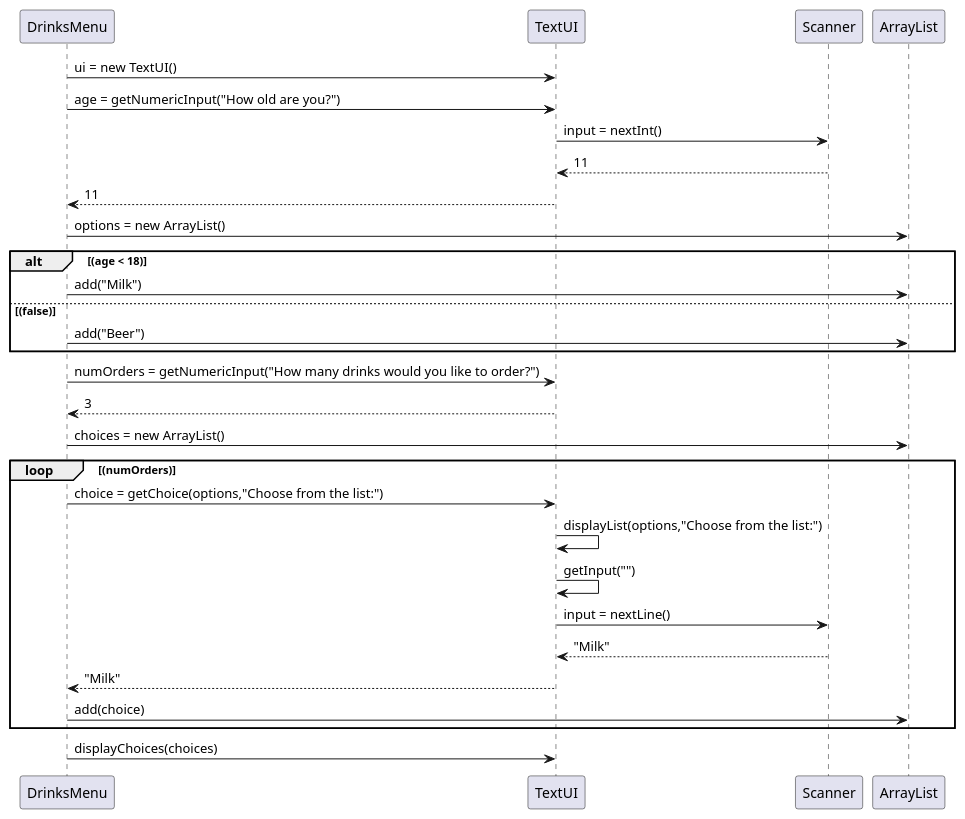
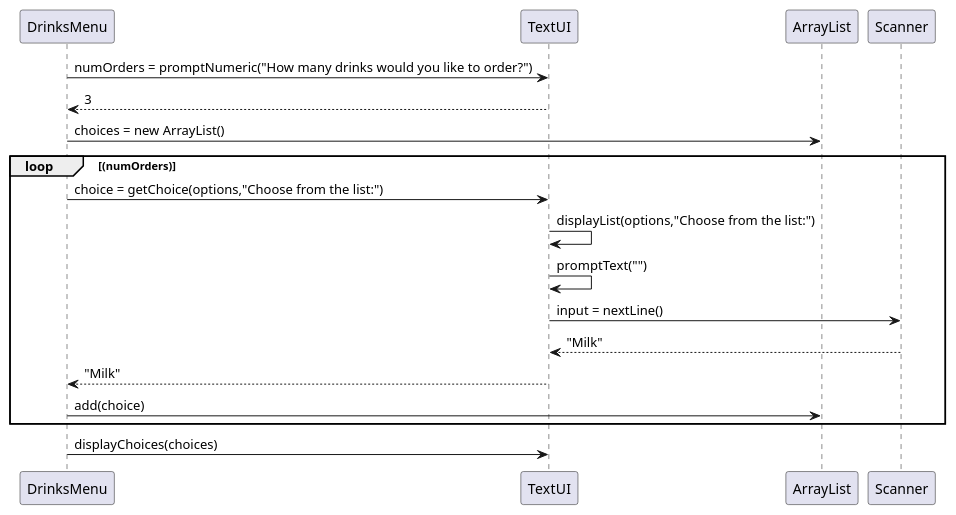
Before and after one commit to Eligoon/DrinksMenu: the diagram in doc/TextUIsequencediagram.puml, drawn with PlantUML.

```diff
--- a/doc/TextUIsequencediagram.puml
+++ b/doc/TextUIsequencediagram.puml
@@ -1,41 +1,23 @@
 @startuml
 'https://plantuml.com/sequence-diagram
 
-
-
-DrinksMenu -> TextUI: ui = new TextUI()
-DrinksMenu -> TextUI: age = getNumericInput("How old are you?")
-TextUI -> Scanner: input = nextInt()
-Scanner --> TextUI: 11
-TextUI --> DrinksMenu: 11
-
-'Create a list for composing an age appropriate menu
-DrinksMenu -> ArrayList:options = new ArrayList()
-
-alt (age < 18)
-'DrinksMenu giver options til ArrayList som skriver "Milk" på plads 0
-DrinksMenu -> ArrayList:add("Milk")
-else (false)
-DrinksMenu -> ArrayList:add("Beer")
-end
-
-DrinksMenu -> TextUI: numOrders = getNumericInput("How many drinks would you like to order?")
+DrinksMenu -> TextUI: numOrders = promptNumeric("How many drinks would you like to order?")
 TextUI --> DrinksMenu: 3
 
 'Create a list for the user's choices (could have been a String array with 3 indexes)
 DrinksMenu -> ArrayList:choices = new ArrayList()
 
 loop (numOrders)
 DrinksMenu -> TextUI: choice = getChoice(options,"Choose from the list:")
 TextUI -> TextUI: displayList(options,"Choose from the list:")
-TextUI -> TextUI: getInput("")
+TextUI -> TextUI: promptText("")
 TextUI -> Scanner: input = nextLine()
 Scanner --> TextUI: "Milk"
 TextUI --> DrinksMenu: "Milk"
 'DrinksMenu giver choices til ArrayList som skriver "Milk" på plads 0
 DrinksMenu -> ArrayList: add(choice)
 end
 
 DrinksMenu -> TextUI: displayChoices(choices)
 
 @enduml
```
